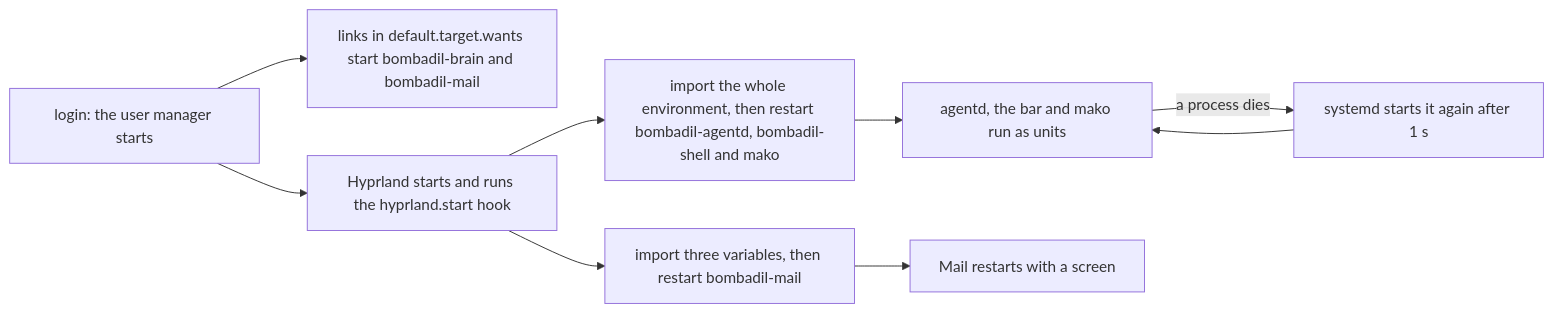
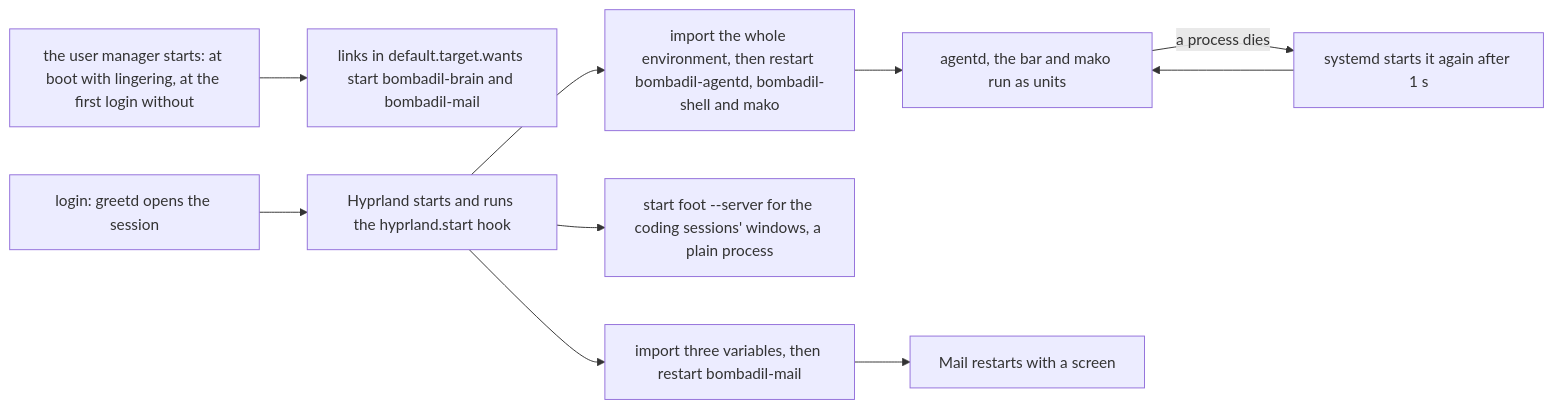
The first of 2 diagrams in docs/architecture/session-services.md (thedefaultman/Bombadil), drawn with Mermaid before and after one commit. The commit also changed other lines of this file and 37 other files, not shown here.

First line of the commit message:
docs: image, install and session-service pages checked against main with coding sessions (work in progress)

````diff
--- a/docs/architecture/session-services.md
+++ b/docs/architecture/session-services.md
@@ -14,11 +18,12 @@
 ```mermaid
 flowchart LR
-    LOGIN["login: the user manager starts"] --> LINKS["links in default.target.wants start bombadil-brain and bombadil-mail"]
-    LOGIN --> HYPR["Hyprland starts and runs the hyprland.start hook"]
+    MANAGER["the user manager starts: at boot with lingering, at the first login without"] --> LINKS["links in default.target.wants start bombadil-brain and bombadil-mail"]
+    LOGIN["login: greetd opens the session"] --> HYPR["Hyprland starts and runs the hyprland.start hook"]
     HYPR --> ONE["import the whole environment, then restart bombadil-agentd, bombadil-shell and mako"]
+    HYPR --> FOOT["start foot --server for the coding sessions' windows, a plain process"]
     HYPR --> TWO["import three variables, then restart bombadil-mail"]
     ONE --> RUN["agentd, the bar and mako run as units"]
     TWO --> MAIL["Mail restarts with a screen"]
     RUN -->|"a process dies"| AGAIN["systemd starts it again after 1 s"]
     AGAIN --> RUN
 ```
````
